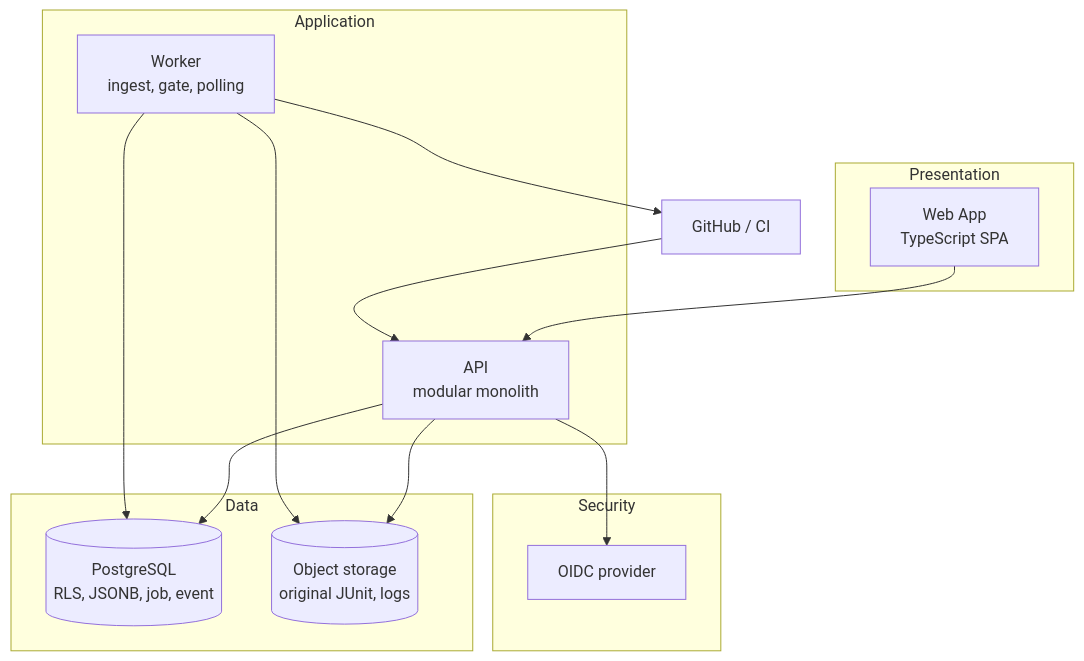
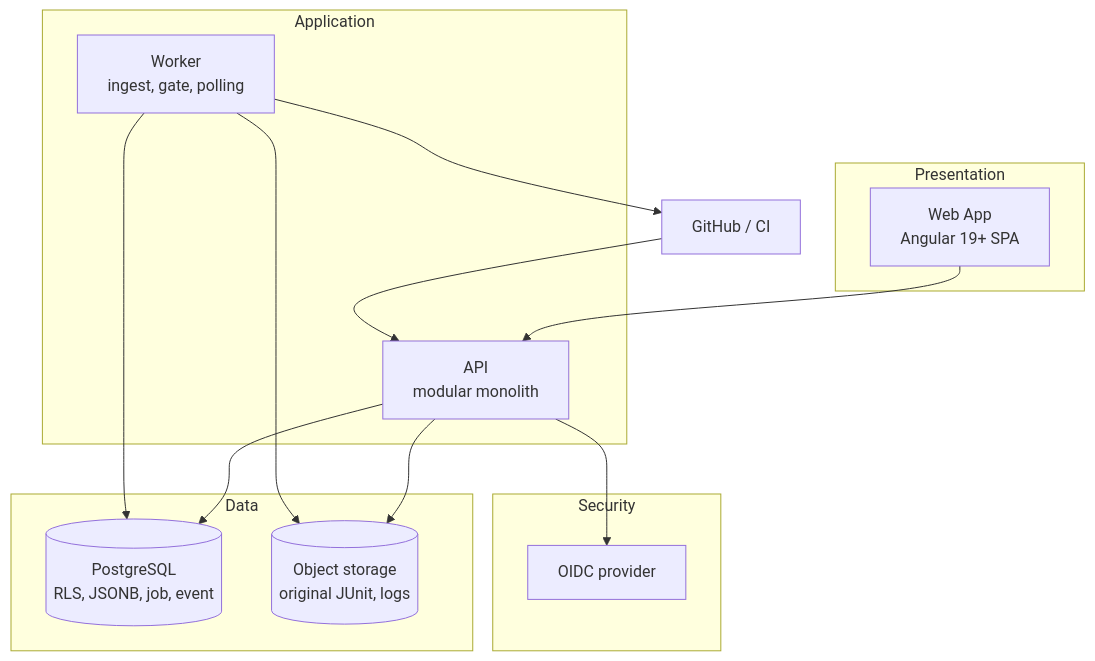
Diagram 11 of 21 in README.md (tungld9999blacksmith/Strata), drawn with Mermaid before and after one commit. The commit also changed other lines of this file and 4 other files, not shown here.

````diff
--- a/README.md
+++ b/README.md
@@ -753,25 +753,25 @@
 ```mermaid
 flowchart TB
     subgraph PRES["Presentation"]
-        WEB["Web App<br/>TypeScript SPA"]
+        WEB["Web App<br/>Angular 19+ SPA"]
     end
     subgraph APP["Application"]
         API["API<br/>modular monolith"]
         WRK["Worker<br/>ingest, gate, polling"]
     end
     subgraph SEC["Security"]
         OIDC["OIDC provider"]
     end
     subgraph DATA["Data"]
         PG[("PostgreSQL<br/>RLS, JSONB, job, event")]
         OBJ[("Object storage<br/>original JUnit, logs")]
     end
     WEB --> API
     API --> OIDC
     API --> PG
     API --> OBJ
     WRK --> PG
     WRK --> OBJ
     GH["GitHub / CI"] --> API
     WRK --> GH
 ```
````
